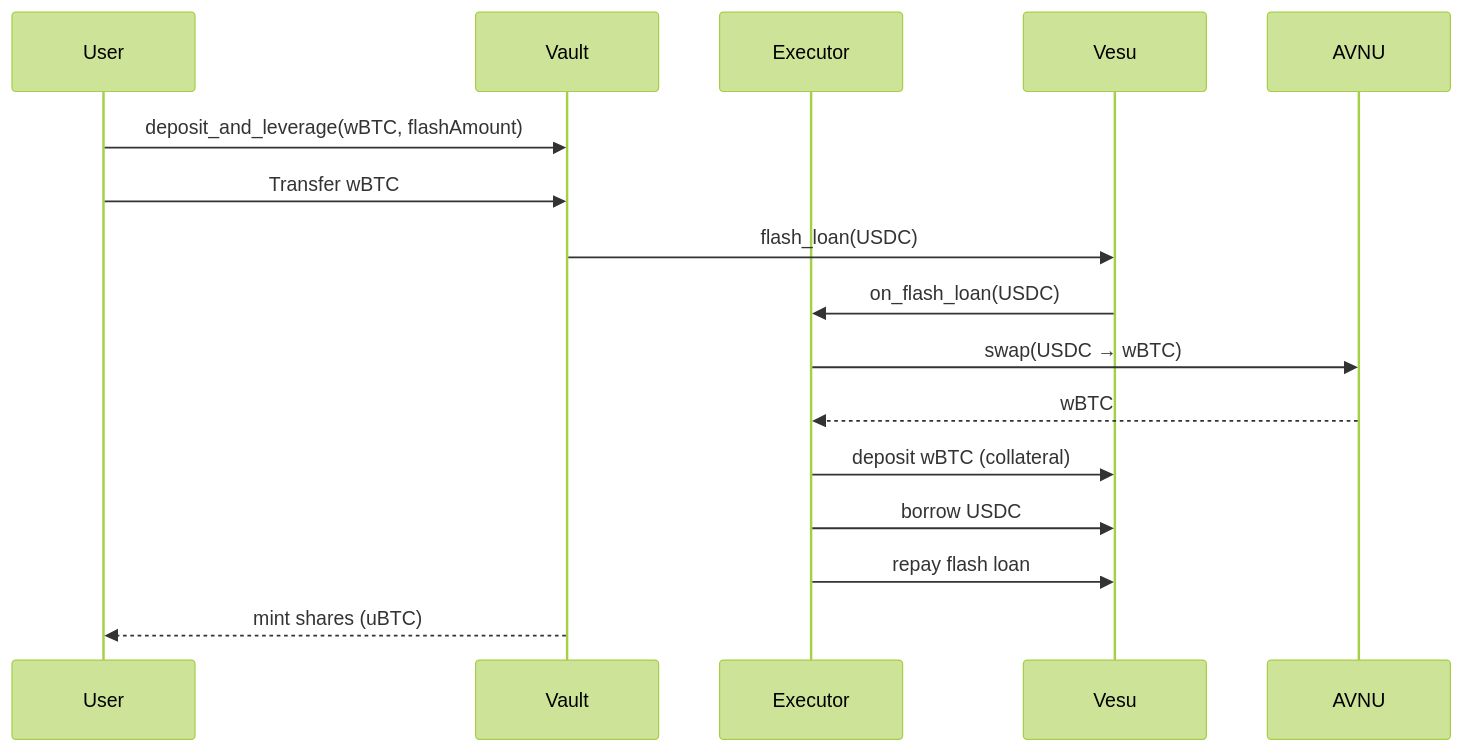
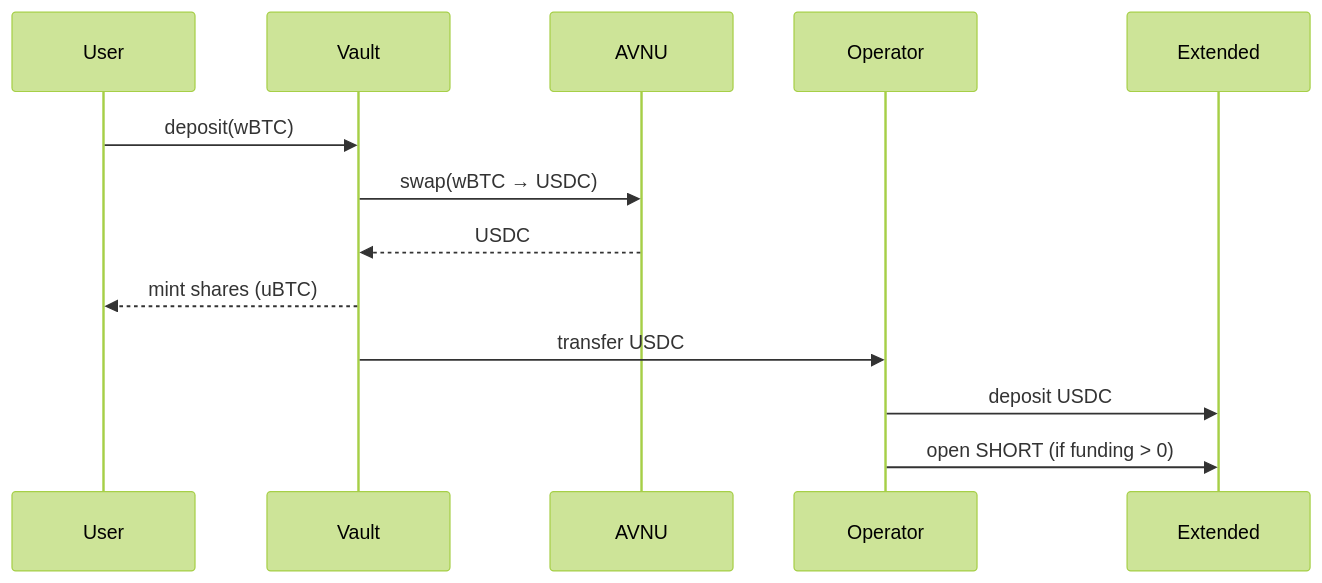
One commit to adrianvrj/unbound changed the first of 2 diagrams in docs/02-how-it-works.md. Above: the diagram before and after it, drawn with Mermaid (forest theme). The commit also changed other lines of this file and 9 other files, not shown here.

Commit message:
updated docs with new vault funding rate strat

````diff
--- a/docs/02-how-it-works.md
+++ b/docs/02-how-it-works.md
@@ -43,19 +31,16 @@
 ```mermaid
 sequenceDiagram
     participant User
     participant Vault
-    participant Executor
-    participant Vesu
     participant AVNU
+    participant Operator
+    participant Extended
 
-    User->>Vault: deposit_and_leverage(wBTC, flashAmount)
-    User->>Vault: Transfer wBTC
-    Vault->>Vesu: flash_loan(USDC)
-    Vesu->>Executor: on_flash_loan(USDC)
-    Executor->>AVNU: swap(USDC → wBTC)
-    AVNU-->>Executor: wBTC
-    Executor->>Vesu: deposit wBTC (collateral)
-    Executor->>Vesu: borrow USDC
-    Executor->>Vesu: repay flash loan
+    User->>Vault: deposit(wBTC)
+    Vault->>AVNU: swap(wBTC → USDC)
+    AVNU-->>Vault: USDC
     Vault-->>User: mint shares (uBTC)
+    Vault->>Operator: transfer USDC
+    Operator->>Extended: deposit USDC
+    Operator->>Extended: open SHORT (if funding > 0)
 ```
````
